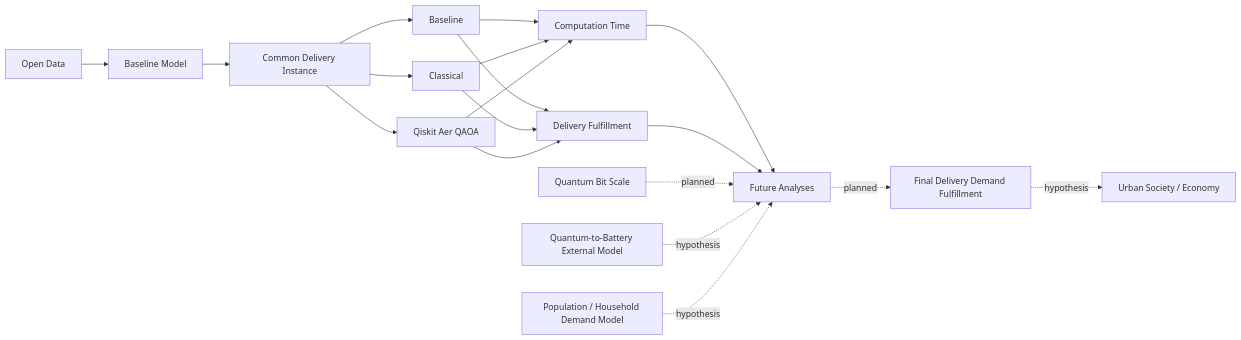
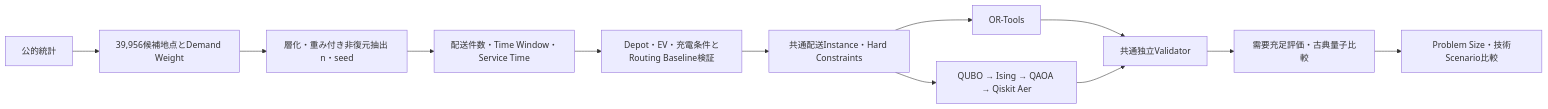
The diagram in docs/research_portal_research_spec.md (tkm-sano/kmd-analysis), drawn with Mermaid before and after one commit. The commit also changed other lines of this file and 78 other files, not shown here.

````diff
--- a/docs/research_portal_research_spec.md
+++ b/docs/research_portal_research_spec.md
@@ -84,22 +90,14 @@
 ```mermaid
 flowchart LR
-  OD[Open Data] --> BM[Baseline Model]
-  BM --> CDI[Common Delivery Instance]
-  CDI --> B[Baseline]
-  CDI --> C[Classical]
-  CDI --> Q[Qiskit Aer QAOA]
-  B --> CT[Computation Time]
-  C --> CT
-  Q --> CT
-  B --> DF[Delivery Fulfillment]
-  C --> DF
-  Q --> DF
-  CT --> FA[Future Analyses]
-  DF --> FA
-
-  QS[Quantum Bit Scale] -. planned .-> FA
-  QB[Quantum-to-Battery External Model] -. hypothesis .-> FA
-  PD[Population / Household Demand Model] -. hypothesis .-> FA
-  FA -. planned .-> FF[Final Delivery Demand Fulfillment]
-  FF -. hypothesis .-> US[Urban Society / Economy]
+  OD[公的統計] --> C[39,956候補地点とDemand Weight]
+  C --> S[層化・重み付き非復元抽出 n・seed]
+  S --> D[配送件数・Time Window・Service Time]
+  D --> R[Depot・EV・充電条件とRouting Baseline検証]
+  R --> CDI[共通配送Instance・Hard Constraints]
+  CDI --> OR[OR-Tools]
+  CDI --> Q[QUBO → Ising → QAOA → Qiskit Aer]
+  OR --> V[共通独立Validator]
+  Q --> V
+  V --> DF[需要充足評価・古典量子比較]
+  DF --> SC[Problem Size・技術Scenario比較]
 ```
````
